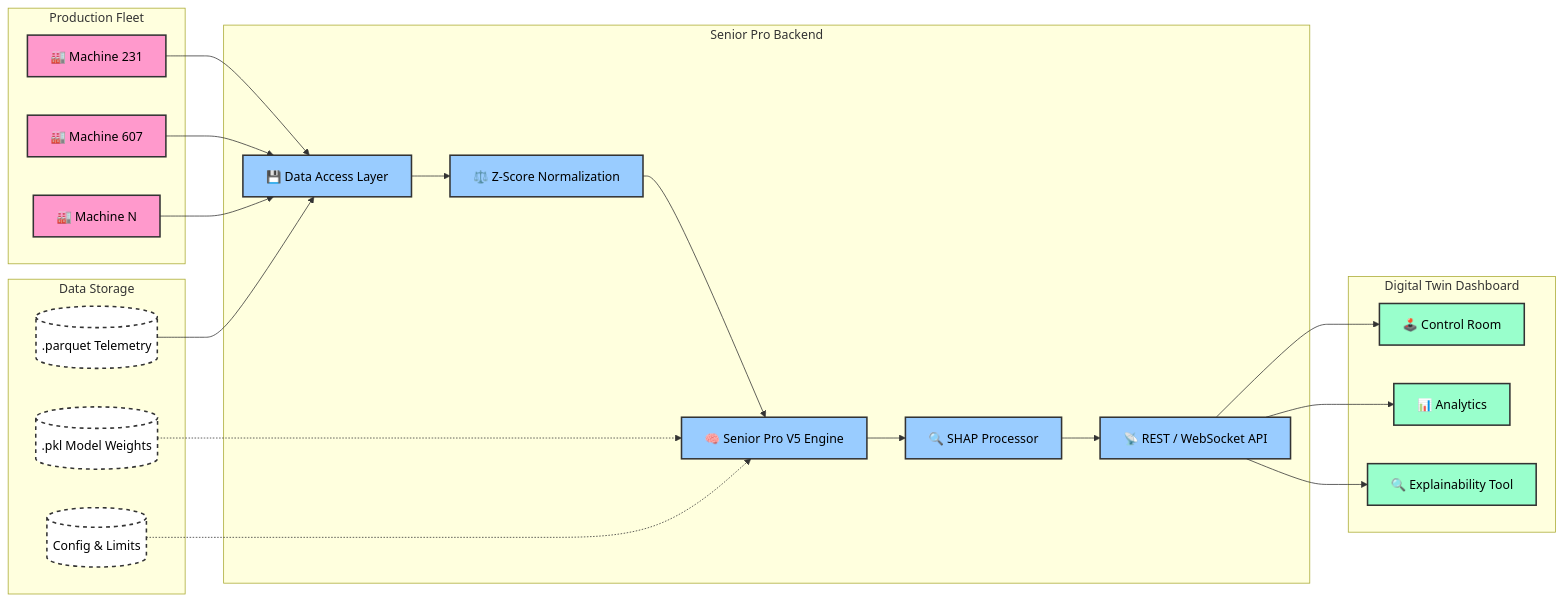
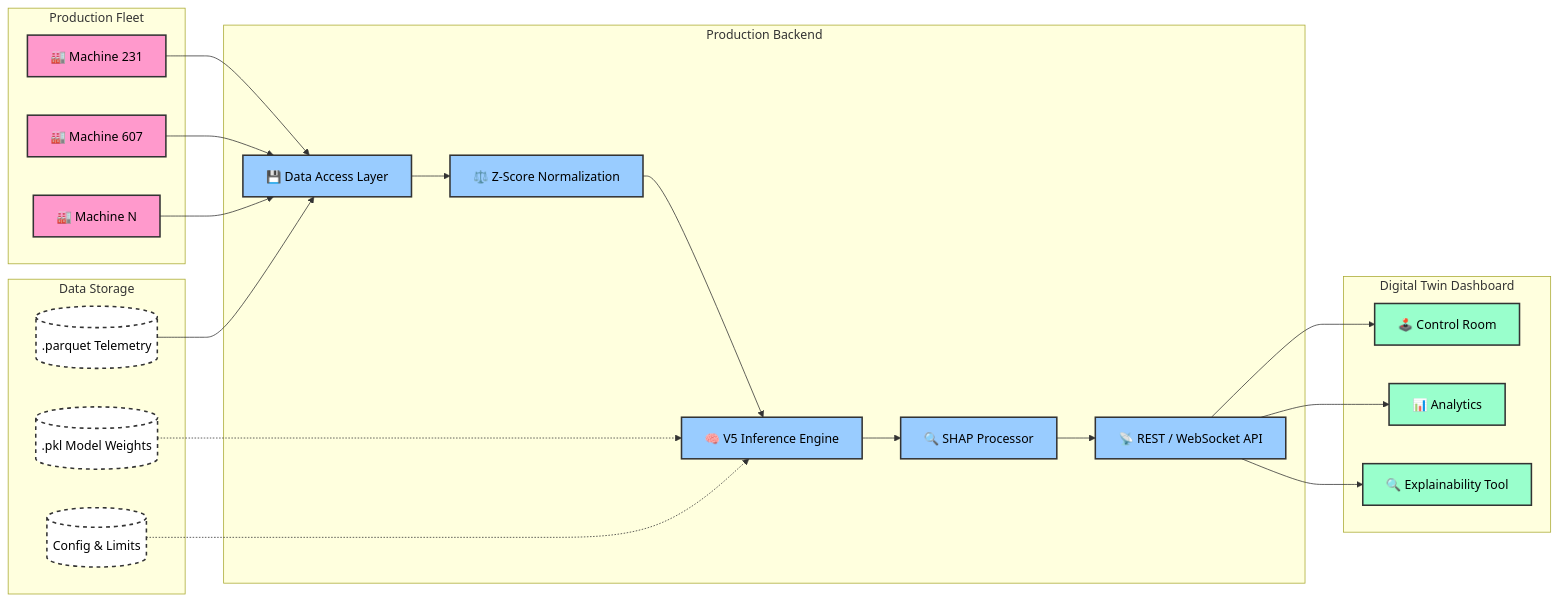
One commit to Vishh70/te-connectivity-3 changed the diagram in README.md. Above: the diagram before and after it, drawn with Mermaid. The commit also changed other lines of this file and 2 other files, not shown here.

Commit message:
docs: Remove Senior Pro branding and standardize on V5

````diff
--- a/README.md
+++ b/README.md
@@ -17,44 +17,44 @@
 ```mermaid
 graph LR
     classDef machine fill:#ff99cc,stroke:#333,stroke-width:2px,color:#000;
     classDef backend fill:#99ccff,stroke:#333,stroke-width:2px,color:#000;
     classDef frontend fill:#99ffcc,stroke:#333,stroke-width:2px,color:#000;
     classDef data fill:#ffffff,stroke:#333,stroke-width:2px,color:#000,stroke-dasharray: 5 5;
 
     subgraph "Production Fleet"
         M1["🏭 Machine 231"]:::machine
         M2["🏭 Machine 607"]:::machine
         Mn["🏭 Machine N"]:::machine
     end
 
     subgraph "Data Storage"
         PQT[(".parquet Telemetry")]:::data
         PKL[(".pkl Model Weights")]:::data
         JSON[("Config & Limits")]:::data
     end
 
-    subgraph "Senior Pro Backend"
+    subgraph "Production Backend"
         DA["💾 Data Access Layer"]:::backend
         NORM["⚖️ Z-Score Normalization"]:::backend
-        INF["🧠 Senior Pro V5 Engine"]:::backend
+        INF["🧠 V5 Inference Engine"]:::backend
         SHAP["🔍 SHAP Processor"]:::backend
         API["📡 REST / WebSocket API"]:::backend
     end
 
     subgraph "Digital Twin Dashboard"
         DR["🕹️ Control Room"]:::frontend
         AH["📊 Analytics"]:::frontend
         XAI["🔍 Explainability Tool"]:::frontend
     end
 
     M1 & M2 & Mn --> DA
     PQT --> DA
     DA --> NORM
     NORM --> INF
     INF --> SHAP
     SHAP --> API
     PKL & JSON -.-> INF
     API --> DR
     API --> AH
     API --> XAI
 ```
````
